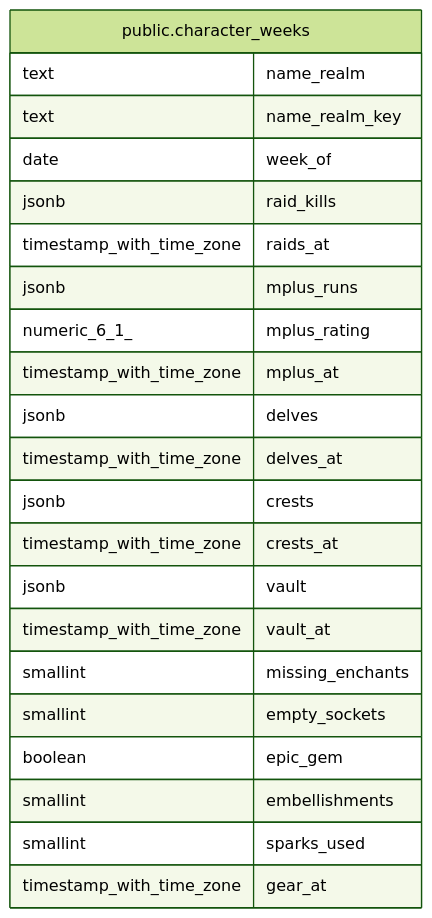
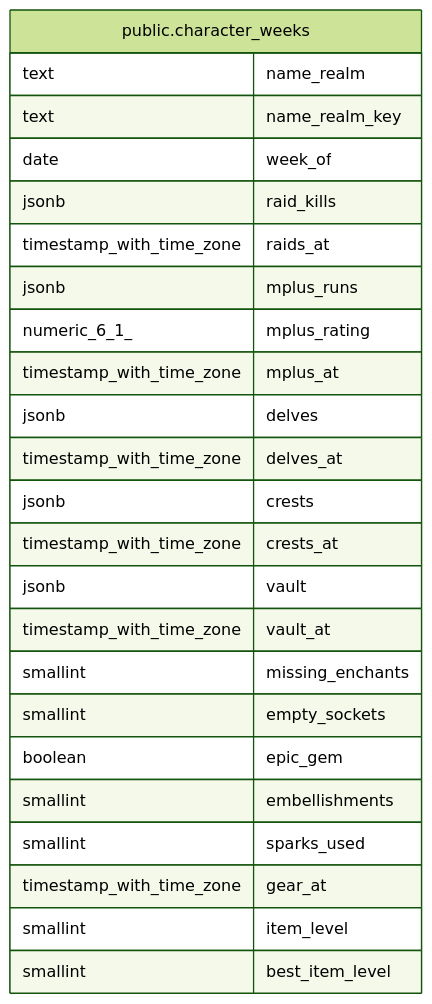
One commit to katogaming88/WGA-Raid-Hub changed the diagram in dbdoc/public.character_weeks.md. Above: the diagram before and after it, drawn with Mermaid (forest theme). The commit also changed other lines of this file and 36 other files, not shown here.

````diff
--- a/dbdoc/public.character_weeks.md
+++ b/dbdoc/public.character_weeks.md
@@ -64,27 +69,29 @@
 ```mermaid
 erDiagram
 
 
 "public.character_weeks" {
   text name_realm
   text name_realm_key
   date week_of
   jsonb raid_kills
   timestamp_with_time_zone raids_at
   jsonb mplus_runs
   numeric_6_1_ mplus_rating
   timestamp_with_time_zone mplus_at
   jsonb delves
   timestamp_with_time_zone delves_at
   jsonb crests
   timestamp_with_time_zone crests_at
   jsonb vault
   timestamp_with_time_zone vault_at
   smallint missing_enchants
   smallint empty_sockets
   boolean epic_gem
   smallint embellishments
   smallint sparks_used
   timestamp_with_time_zone gear_at
+  smallint item_level
+  smallint best_item_level
 }
 ```
````
